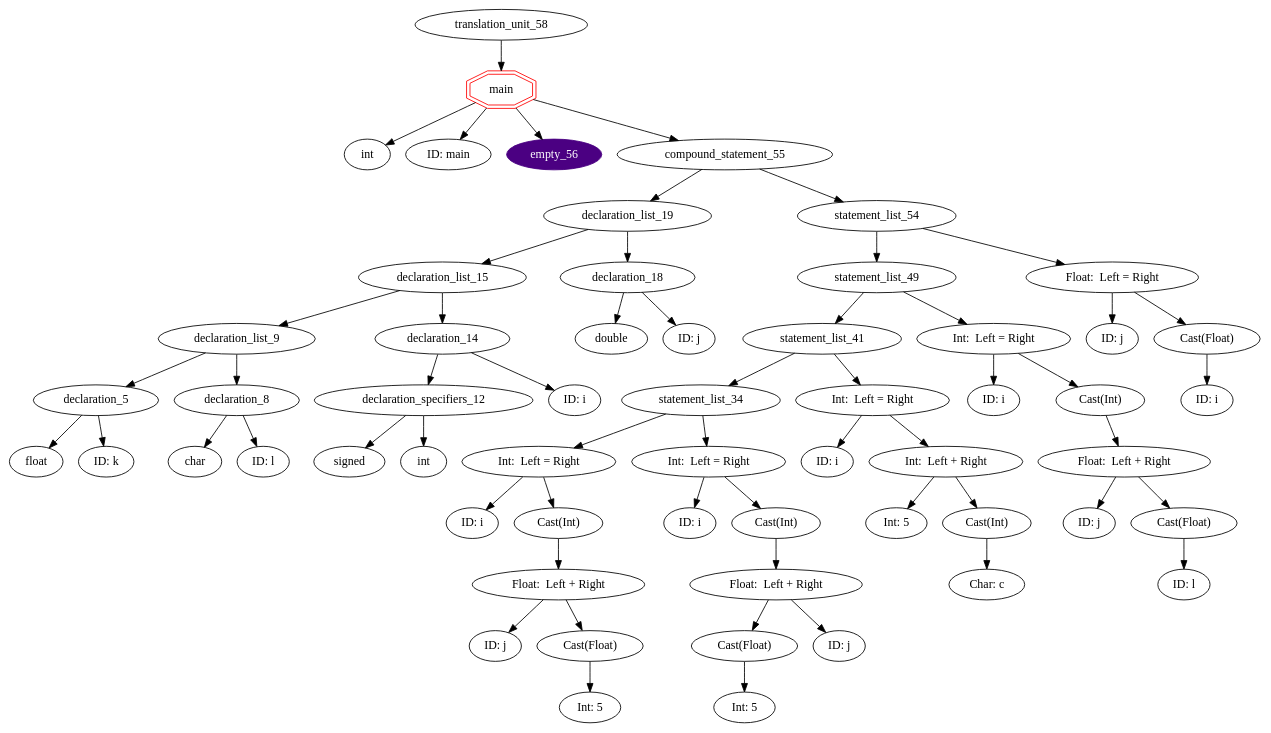
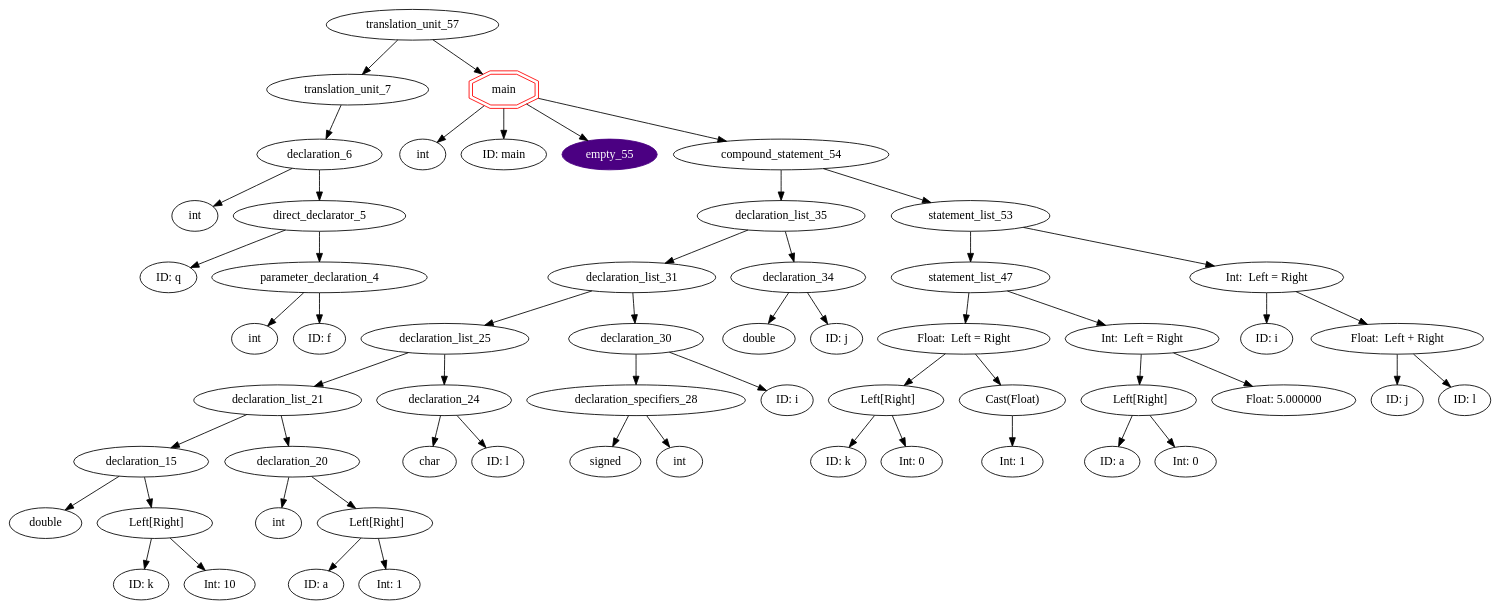
One commit to ahpalmerUNR/c_compiler changed the diagram in graphs/default.gv. Above: the diagram before and after it, drawn with Graphviz. The commit also changed 4 other files, not shown here.

```diff
--- a/graphs/default.gv
+++ b/graphs/default.gv
@@ -1,108 +1,104 @@
 digraph AST {
-	translation_unit_58 -> function_definition_57;
-	function_definition_57 [shape=doubleoctagon,color=red,label="main"]
-	function_definition_57 -> type_specifier_0;
+	translation_unit_57 -> translation_unit_7;
+	translation_unit_7 -> declaration_6;
+	declaration_6 [label="declaration_6"]
+	declaration_6 -> type_specifier_0;
 	type_specifier_0 [label="int"]
-	function_definition_57 -> identifier_1;
-	identifier_1 [label="ID: main"]
-	function_definition_57 -> empty_56;
-	empty_56 [style=filled,color=indigo,fontcolor=white]
-	function_definition_57 -> compound_statement_55;
-	compound_statement_55 -> declaration_list_19;
-	declaration_list_19 -> declaration_list_15;
-	declaration_list_15 -> declaration_list_9;
-	declaration_list_9 -> declaration_5;
-	declaration_5 [label="declaration_5"]
-	declaration_5 -> type_specifier_3;
-	type_specifier_3 [label="float"]
-	declaration_5 -> identifier_4;
-	identifier_4 [label="ID: k"]
-	declaration_list_9 -> declaration_8;
-	declaration_8 [label="declaration_8"]
-	declaration_8 -> type_specifier_6;
-	type_specifier_6 [label="char"]
-	declaration_8 -> identifier_7;
-	identifier_7 [label="ID: l"]
-	declaration_list_15 -> declaration_14;
-	declaration_14 [label="declaration_14"]
-	declaration_14 -> declaration_specifiers_12;
-	declaration_specifiers_12 [label="declaration_specifiers_12"]
-	declaration_specifiers_12 -> type_specifier_10;
-	type_specifier_10 [label="signed"]
-	declaration_specifiers_12 -> type_specifier_11;
-	type_specifier_11 [label="int"]
-	declaration_14 -> identifier_13;
-	identifier_13 [label="ID: i"]
-	declaration_list_19 -> declaration_18;
-	declaration_18 [label="declaration_18"]
-	declaration_18 -> type_specifier_16;
-	type_specifier_16 [label="double"]
-	declaration_18 -> identifier_17;
-	identifier_17 [label="ID: j"]
-	compound_statement_55 -> statement_list_54;
-	statement_list_54 -> statement_list_49;
-	statement_list_49 -> statement_list_41;
-	statement_list_41 -> statement_list_34;
-	statement_list_34 -> assignment_expression_25;
-	assignment_expression_25 [label="Int:  Left = Right"]
-	assignment_expression_25 -> identifier_20;
-	identifier_20 [label="ID: i"]
-	assignment_expression_25 -> Implicit_Cast_26;
-	Implicit_Cast_26 [label="Cast(Int)"]
-	Implicit_Cast_26 -> operator_expression_23;
-	operator_expression_23 [label="Float:  Left + Right"]
-	operator_expression_23 -> identifier_21;
-	identifier_21 [label="ID: j"]
-	operator_expression_23 -> Implicit_Cast24;
-	Implicit_Cast24 [label="Cast(Float)"]
-	Implicit_Cast24 -> constant_22;
-	constant_22 [label="Int: 5"]
-	statement_list_34 -> assignment_expression_32;
-	assignment_expression_32 [label="Int:  Left = Right"]
-	assignment_expression_32 -> identifier_27;
-	identifier_27 [label="ID: i"]
-	assignment_expression_32 -> Implicit_Cast_33;
-	Implicit_Cast_33 [label="Cast(Int)"]
-	Implicit_Cast_33 -> operator_expression_30;
-	operator_expression_30 [label="Float:  Left + Right"]
-	operator_expression_30 -> Implicit_Cast31;
-	Implicit_Cast31 [label="Cast(Float)"]
-	Implicit_Cast31 -> constant_28;
-	constant_28 [label="Int: 5"]
-	operator_expression_30 -> identifier_29;
-	identifier_29 [label="ID: j"]
-	statement_list_41 -> assignment_expression_40;
-	assignment_expression_40 [label="Int:  Left = Right"]
-	assignment_expression_40 -> identifier_35;
-	identifier_35 [label="ID: i"]
-	assignment_expression_40 -> operator_expression_38;
-	operator_expression_38 [label="Int:  Left + Right"]
-	operator_expression_38 -> constant_36;
-	constant_36 [label="Int: 5"]
-	operator_expression_38 -> Implicit_Cast39;
-	Implicit_Cast39 [label="Cast(Int)"]
-	Implicit_Cast39 -> constant_37;
-	constant_37 [label="Char: c"]
-	statement_list_49 -> assignment_expression_47;
-	assignment_expression_47 [label="Int:  Left = Right"]
-	assignment_expression_47 -> identifier_42;
-	identifier_42 [label="ID: i"]
-	assignment_expression_47 -> Implicit_Cast_48;
-	Implicit_Cast_48 [label="Cast(Int)"]
-	Implicit_Cast_48 -> operator_expression_45;
-	operator_expression_45 [label="Float:  Left + Right"]
-	operator_expression_45 -> identifier_43;
-	identifier_43 [label="ID: j"]
-	operator_expression_45 -> Implicit_Cast46;
-	Implicit_Cast46 [label="Cast(Float)"]
-	Implicit_Cast46 -> identifier_44;
-	identifier_44 [label="ID: l"]
-	statement_list_54 -> assignment_expression_52;
-	assignment_expression_52 [label="Float:  Left = Right"]
-	assignment_expression_52 -> identifier_50;
-	identifier_50 [label="ID: j"]
-	assignment_expression_52 -> Implicit_Cast_53;
-	Implicit_Cast_53 [label="Cast(Float)"]
-	Implicit_Cast_53 -> identifier_51;
-	identifier_51 [label="ID: i"]
+	declaration_6 -> direct_declarator_5;
+	direct_declarator_5 -> identifier_1;
+	identifier_1 [label="ID: q"]
+	direct_declarator_5 -> parameter_declaration_4;
+	parameter_declaration_4 -> type_specifier_2;
+	type_specifier_2 [label="int"]
+	parameter_declaration_4 -> identifier_3;
+	identifier_3 [label="ID: f"]
+	translation_unit_57 -> function_definition_56;
+	function_definition_56 [shape=doubleoctagon,color=red,label="main"]
+	function_definition_56 -> type_specifier_8;
+	type_specifier_8 [label="int"]
+	function_definition_56 -> identifier_9;
+	identifier_9 [label="ID: main"]
+	function_definition_56 -> empty_55;
+	empty_55 [style=filled,color=indigo,fontcolor=white]
+	function_definition_56 -> compound_statement_54;
+	compound_statement_54 -> declaration_list_35;
+	declaration_list_35 -> declaration_list_31;
+	declaration_list_31 -> declaration_list_25;
+	declaration_list_25 -> declaration_list_21;
+	declaration_list_21 -> declaration_15;
+	declaration_15 [label="declaration_15"]
+	declaration_15 -> type_specifier_11;
+	type_specifier_11 [label="double"]
+	declaration_15 -> direct_declarator_14;
+	direct_declarator_14 [label="  Left[Right]"]
+	direct_declarator_14 -> identifier_12;
+	identifier_12 [label="ID: k"]
+	direct_declarator_14 -> constant_13;
+	constant_13 [label="Int: 10"]
+	declaration_list_21 -> declaration_20;
+	declaration_20 [label="declaration_20"]
+	declaration_20 -> type_specifier_16;
+	type_specifier_16 [label="int"]
+	declaration_20 -> direct_declarator_19;
+	direct_declarator_19 [label="  Left[Right]"]
+	direct_declarator_19 -> identifier_17;
+	identifier_17 [label="ID: a"]
+	direct_declarator_19 -> constant_18;
+	constant_18 [label="Int: 1"]
+	declaration_list_25 -> declaration_24;
+	declaration_24 [label="declaration_24"]
+	declaration_24 -> type_specifier_22;
+	type_specifier_22 [label="char"]
+	declaration_24 -> identifier_23;
+	identifier_23 [label="ID: l"]
+	declaration_list_31 -> declaration_30;
+	declaration_30 [label="declaration_30"]
+	declaration_30 -> declaration_specifiers_28;
+	declaration_specifiers_28 [label="declaration_specifiers_28"]
+	declaration_specifiers_28 -> type_specifier_26;
+	type_specifier_26 [label="signed"]
+	declaration_specifiers_28 -> type_specifier_27;
+	type_specifier_27 [label="int"]
+	declaration_30 -> identifier_29;
+	identifier_29 [label="ID: i"]
+	declaration_list_35 -> declaration_34;
+	declaration_34 [label="declaration_34"]
+	declaration_34 -> type_specifier_32;
+	type_specifier_32 [label="double"]
+	declaration_34 -> identifier_33;
+	identifier_33 [label="ID: j"]
+	compound_statement_54 -> statement_list_53;
+	statement_list_53 -> statement_list_47;
+	statement_list_47 -> assignment_expression_40;
+	assignment_expression_40 [label="Float:  Left = Right"]
+	assignment_expression_40 -> postfix_expression_38;
+	postfix_expression_38 [label="  Left[Right]"]
+	postfix_expression_38 -> identifier_36;
+	identifier_36 [label="ID: k"]
+	postfix_expression_38 -> constant_37;
+	constant_37 [label="Int: 0"]
+	assignment_expression_40 -> Implicit_Cast_41;
+	Implicit_Cast_41 [label="Cast(Float)"]
+	Implicit_Cast_41 -> constant_39;
+	constant_39 [label="Int: 1"]
+	statement_list_47 -> assignment_expression_46;
+	assignment_expression_46 [label="Int:  Left = Right"]
+	assignment_expression_46 -> postfix_expression_44;
+	postfix_expression_44 [label="  Left[Right]"]
+	postfix_expression_44 -> identifier_42;
+	identifier_42 [label="ID: a"]
+	postfix_expression_44 -> constant_43;
+	constant_43 [label="Int: 0"]
+	assignment_expression_46 -> constant_45;
+	constant_45 [label="Float: 5.000000"]
+	statement_list_53 -> assignment_expression_52;
+	assignment_expression_52 [label="Int:  Left = Right"]
+	assignment_expression_52 -> identifier_48;
+	identifier_48 [label="ID: i"]
+	assignment_expression_52 -> operator_expression_51;
+	operator_expression_51 [label="Float:  Left + Right"]
+	operator_expression_51 -> identifier_49;
+	identifier_49 [label="ID: j"]
+	operator_expression_51 -> identifier_50;
+	identifier_50 [label="ID: l"]
 }
```
